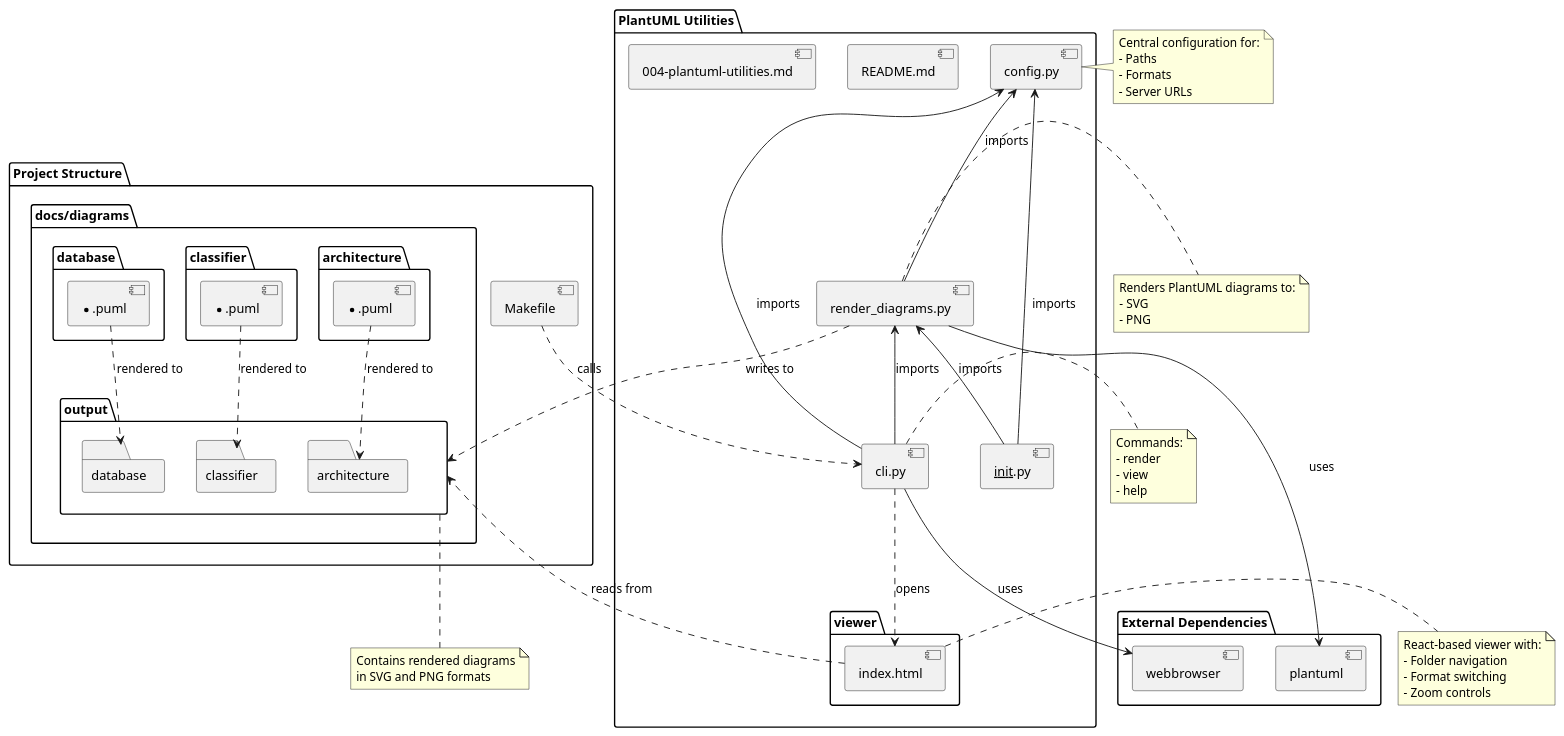
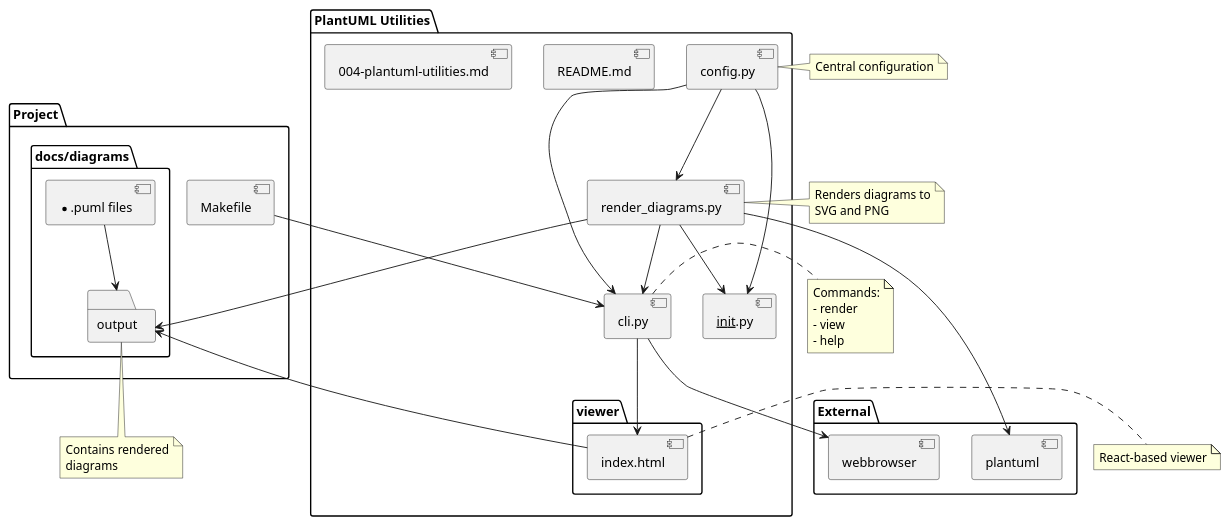
Before and after one commit to jswans33/my-full-stack-fastapi-template: the diagram in docs/diagrams/architecture/puml_utilities.puml, drawn with PlantUML. The commit also changed 1 other file, not shown here.

Commit message:
Improve PlantUML viewer with better panning and zooming

```diff
--- a/docs/diagrams/architecture/puml_utilities.puml
+++ b/docs/diagrams/architecture/puml_utilities.puml
@@ -1,101 +1,61 @@
 @startuml "PlantUML Utilities Architecture"
 
-' Define the components
-package "PlantUML Utilities" as PumlUtils {
+' Define components with simpler syntax
+package "PlantUML Utilities" {
   [config.py] as Config
   [render_diagrams.py] as Renderer
   [cli.py] as CLI
   [__init__.py] as Init
   
   folder "viewer" {
     [index.html] as Viewer
   }
   
   [README.md] as Readme
   [004-plantuml-utilities.md] as SOP
 }
 
-package "External Dependencies" {
+package "External" {
   [plantuml] as PlantUML
   [webbrowser] as Browser
 }
 
-package "Project Structure" {
+package "Project" {
   folder "docs/diagrams" {
-    folder "architecture" as ArchFolder {
-      [*.puml] as ArchDiagrams
-    }
-    
-    folder "classifier" as ClassifierFolder {
-      [*.puml] as ClassifierDiagrams
-    }
-    
-    folder "database" as DBFolder {
-      [*.puml] as DBDiagrams
-    }
-    
-    folder "output" as OutputFolder {
-      folder "architecture" as OutputArchFolder
-      folder "classifier" as OutputClassifierFolder
-      folder "database" as OutputDBFolder
-    }
+    [*.puml files] as DiagramFiles
+    folder "output" as OutputFolder
   }
   
   [Makefile] as ProjectMakefile
 }
 
-' Define the relationships
-Config <-- Renderer : imports
-Config <-- CLI : imports
-Renderer <-- CLI : imports
-Config <-- Init : imports
-Renderer <-- Init : imports
+' Define relationships with simpler syntax
+Config --> Renderer
+Config --> CLI
+Renderer --> CLI
+Config --> Init
+Renderer --> Init
 
-CLI --> Browser : uses
-Renderer --> PlantUML : uses
+CLI --> Browser
+Renderer --> PlantUML
 
-CLI ..> Viewer : opens
-Renderer ..> OutputFolder : writes to
+CLI --> Viewer
+Renderer --> OutputFolder
 
-ProjectMakefile ..> CLI : calls
+ProjectMakefile --> CLI
 
-ArchDiagrams ..> OutputArchFolder : rendered to
-ClassifierDiagrams ..> OutputClassifierFolder : rendered to
-DBDiagrams ..> OutputDBFolder : rendered to
+DiagramFiles --> OutputFolder
+Viewer --> OutputFolder
 
-Viewer ..> OutputFolder : reads from
+' Add simple notes
+note right of Config : Central configuration
 
-' Add notes
-note right of Config
-  Central configuration for:
-  - Paths
-  - Formats
-  - Server URLs
-end note
+note right of Renderer : Renders diagrams to\nSVG and PNG
 
-note right of Renderer
-  Renders PlantUML diagrams to:
-  - SVG
-  - PNG
-end note
+note right of CLI : Commands:\n- render\n- view\n- help
 
-note right of CLI
-  Commands:
-  - render
-  - view
-  - help
-end note
+note right of Viewer : React-based viewer
 
-note right of Viewer
-  React-based viewer with:
-  - Folder navigation
-  - Format switching
-  - Zoom controls
-end note
-
-note bottom of OutputFolder
-  Contains rendered diagrams
-  in SVG and PNG formats
-end note
+note bottom of OutputFolder : Contains rendered\ndiagrams
 
 @enduml
```
